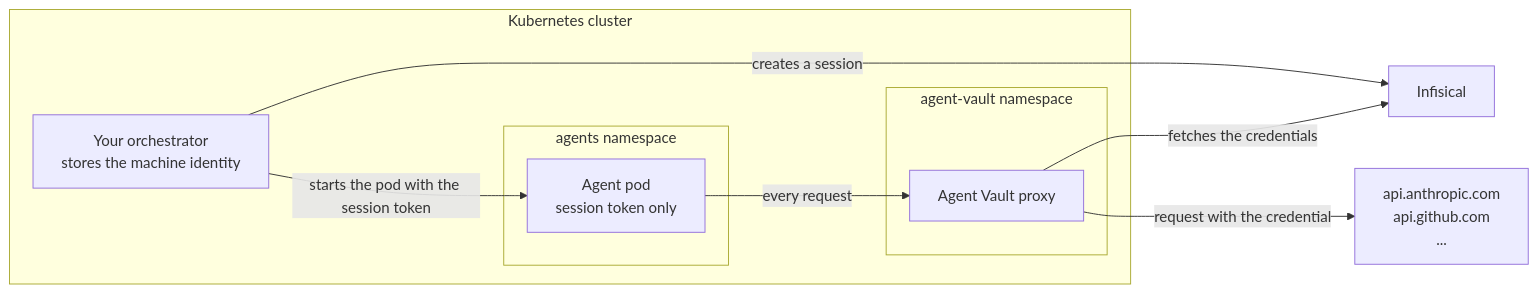
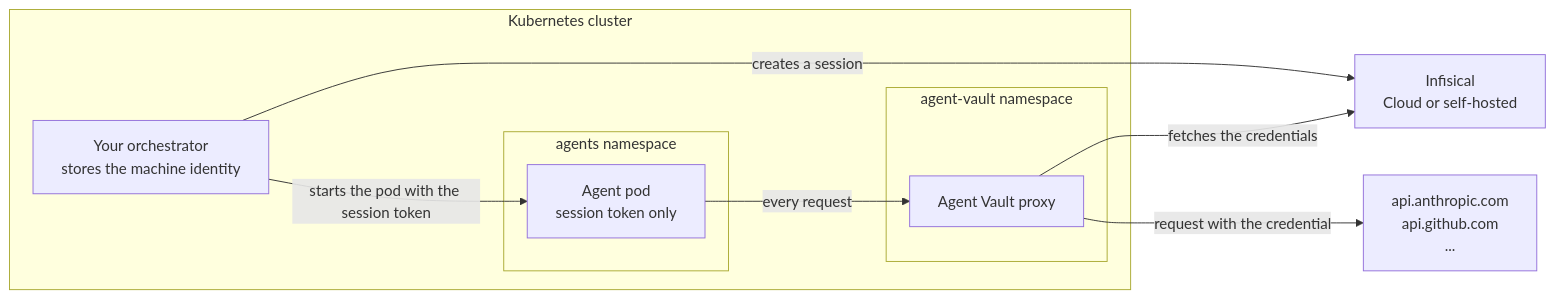
Before and after one commit to Infisical/infisical: the diagram in docs/documentation/platform/agent-vault/guides/kubernetes.mdx, drawn with Mermaid.

Commit message:
label Infisical as Cloud or self-hosted in the Kubernetes diagram

````diff
--- a/docs/documentation/platform/agent-vault/guides/kubernetes.mdx
+++ b/docs/documentation/platform/agent-vault/guides/kubernetes.mdx
@@ -12,19 +12,19 @@
 ```mermaid
 flowchart LR
   subgraph cluster["Kubernetes cluster"]
     orchestrator["Your orchestrator<br/>stores the machine identity"]
     subgraph agents["agents namespace"]
       agent["Agent pod<br/>session token only"]
     end
     subgraph av["agent-vault namespace"]
       proxy["Agent Vault proxy"]
     end
   end
-  infisical["Infisical"]
+  infisical["Infisical<br/>Cloud or self-hosted"]
   apis["api.anthropic.com<br/>api.github.com<br/>..."]
   orchestrator -->|"creates a session"| infisical
   orchestrator -->|"starts the pod with the session token"| agent
   agent -->|"every request"| proxy
   proxy -->|"request with the credential"| apis
   proxy -->|"fetches the credentials"| infisical
 ```
````
